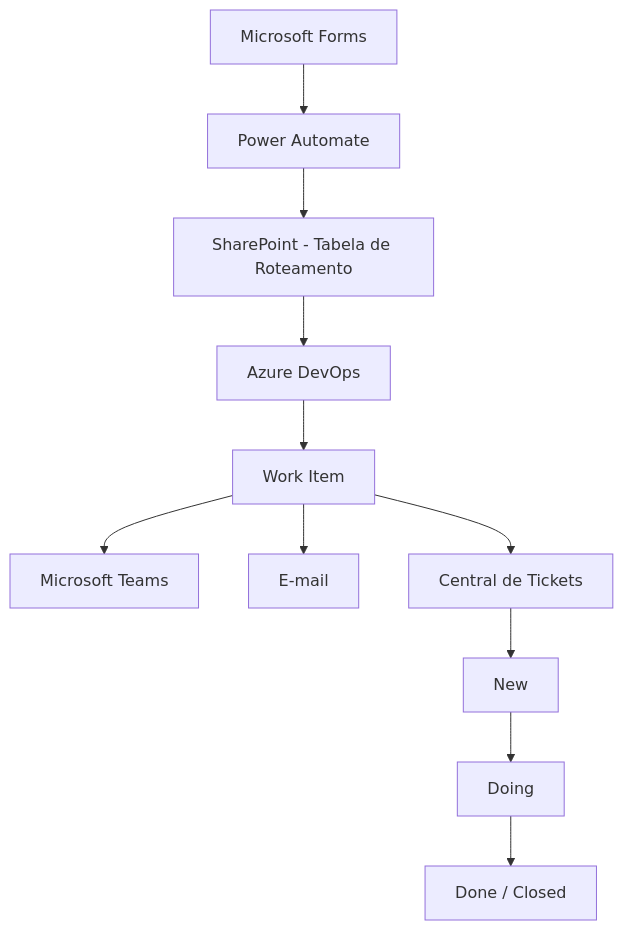
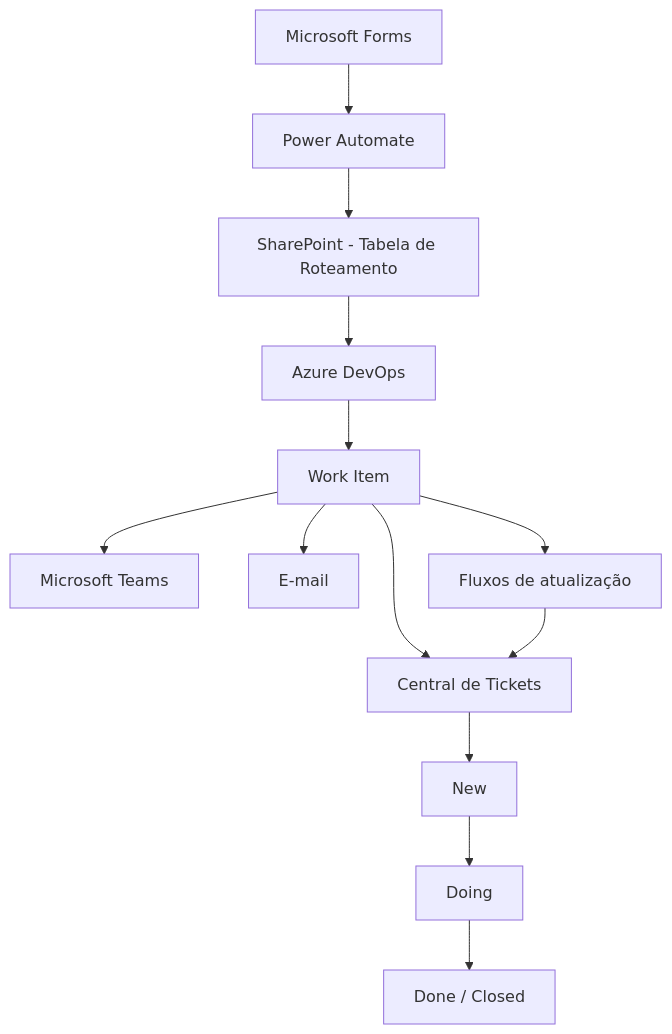
One commit to ti-gabriel/central-demandas-tecnologia changed the first of 2 diagrams in README.md. Above: the diagram before and after it, drawn with Mermaid. The commit also changed other lines of this file, not shown here.

````diff
--- a/README.md
+++ b/README.md
@@ -10,15 +41,18 @@
 ```mermaid
 flowchart TD
     A[Microsoft Forms] --> B[Power Automate]
     B --> C[SharePoint - Tabela de Roteamento]
     C --> D[Azure DevOps]
     D --> E[Work Item]
 
     E --> F[Microsoft Teams]
     E --> G[E-mail]
     E --> H[Central de Tickets]
 
-    H --> I[New]
-    I --> J[Doing]
-    J --> K[Done / Closed]
+    E --> I[Fluxos de atualização]
+    I --> H
+
+    H --> J[New]
+    J --> K[Doing]
+    K --> L[Done / Closed]
 ```
````
